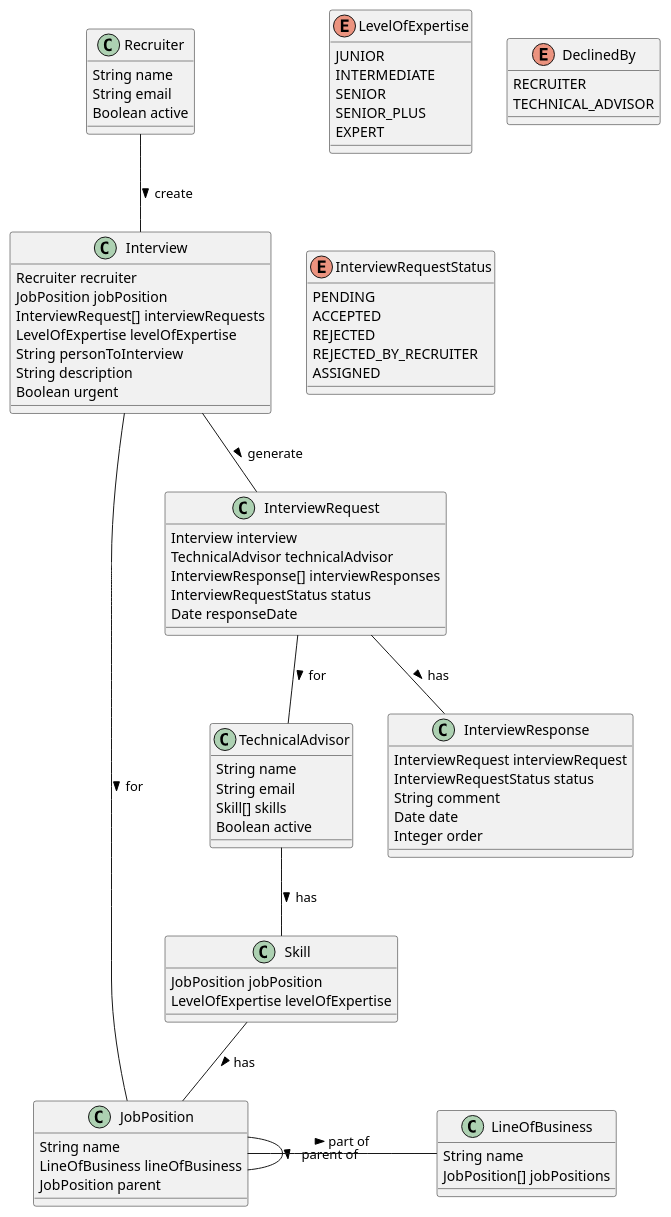
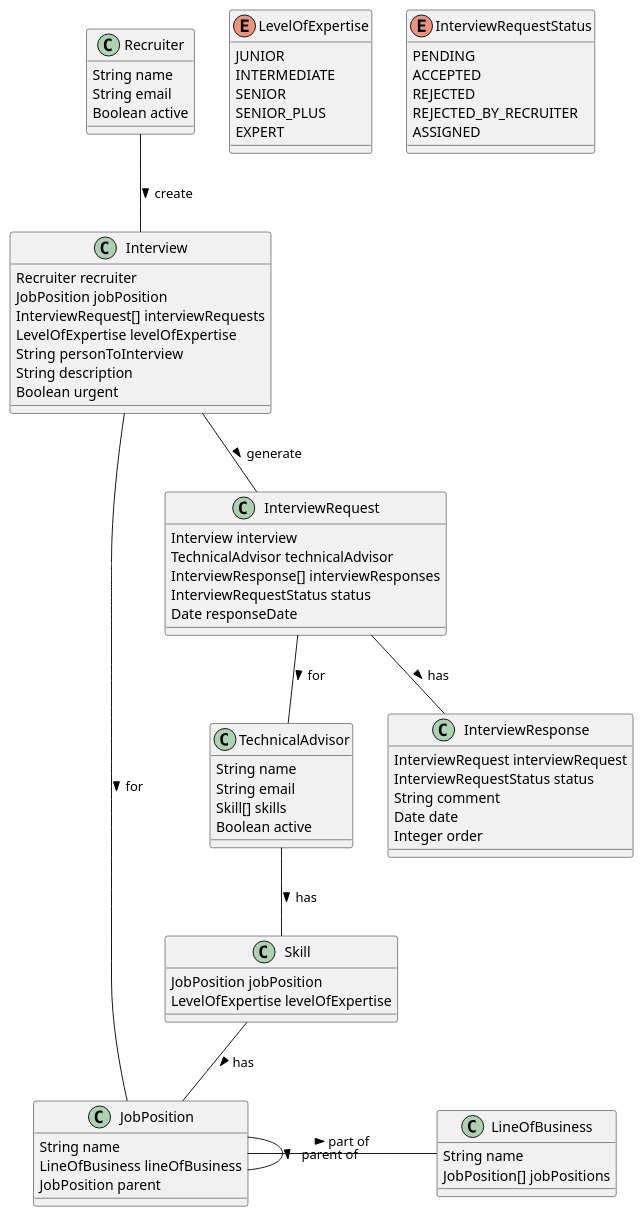
Before and after one commit to Amine24h/interview-sys: the diagram in docs/src/3 Class/class.puml, drawn with PlantUML. The commit also changed 18 other files, not shown here.

```diff
--- a/docs/src/3 Class/class.puml
+++ b/docs/src/3 Class/class.puml
@@ -1,87 +1,82 @@
 @startuml
 class LineOfBusiness {
   String name
   JobPosition[] jobPositions
 }
 
 class JobPosition {
   String name
   LineOfBusiness lineOfBusiness
   JobPosition parent
 }
 
 class TechnicalAdvisor {
   String name
   String email
   Skill[] skills
   Boolean active
 }
 
 class Recruiter {
   String name
   String email
   Boolean active
 }
 
 enum LevelOfExpertise {
     JUNIOR
     INTERMEDIATE
     SENIOR
     SENIOR_PLUS
     EXPERT
 }
 
 class Skill {
     JobPosition jobPosition
     LevelOfExpertise levelOfExpertise
 }
 
 class Interview {
     Recruiter recruiter
     JobPosition jobPosition
     InterviewRequest[] interviewRequests
     LevelOfExpertise levelOfExpertise
     String personToInterview
     String description
     Boolean urgent
 }
 
 class InterviewRequest {
     Interview interview
     TechnicalAdvisor technicalAdvisor
     InterviewResponse[] interviewResponses
     InterviewRequestStatus status
     Date responseDate
 }
 
 class InterviewResponse {
     InterviewRequest interviewRequest
     InterviewRequestStatus status
     String comment
     Date date
     Integer order
 }
 
-enum DeclinedBy {
-    RECRUITER
-    TECHNICAL_ADVISOR
-}
-
 enum InterviewRequestStatus {
     PENDING
     ACCEPTED
     REJECTED
     REJECTED_BY_RECRUITER
     ASSIGNED
 }
 
 JobPosition - JobPosition : parent of >
 JobPosition - LineOfBusiness : part of >
 TechnicalAdvisor -- Skill : has >
 Skill -- JobPosition : has >
 Recruiter -- Interview : create >
 Interview -- JobPosition : for >
 Interview -- InterviewRequest : generate >
 InterviewRequest -- InterviewResponse : has >
 InterviewRequest -- TechnicalAdvisor : for >
 @enduml
```
